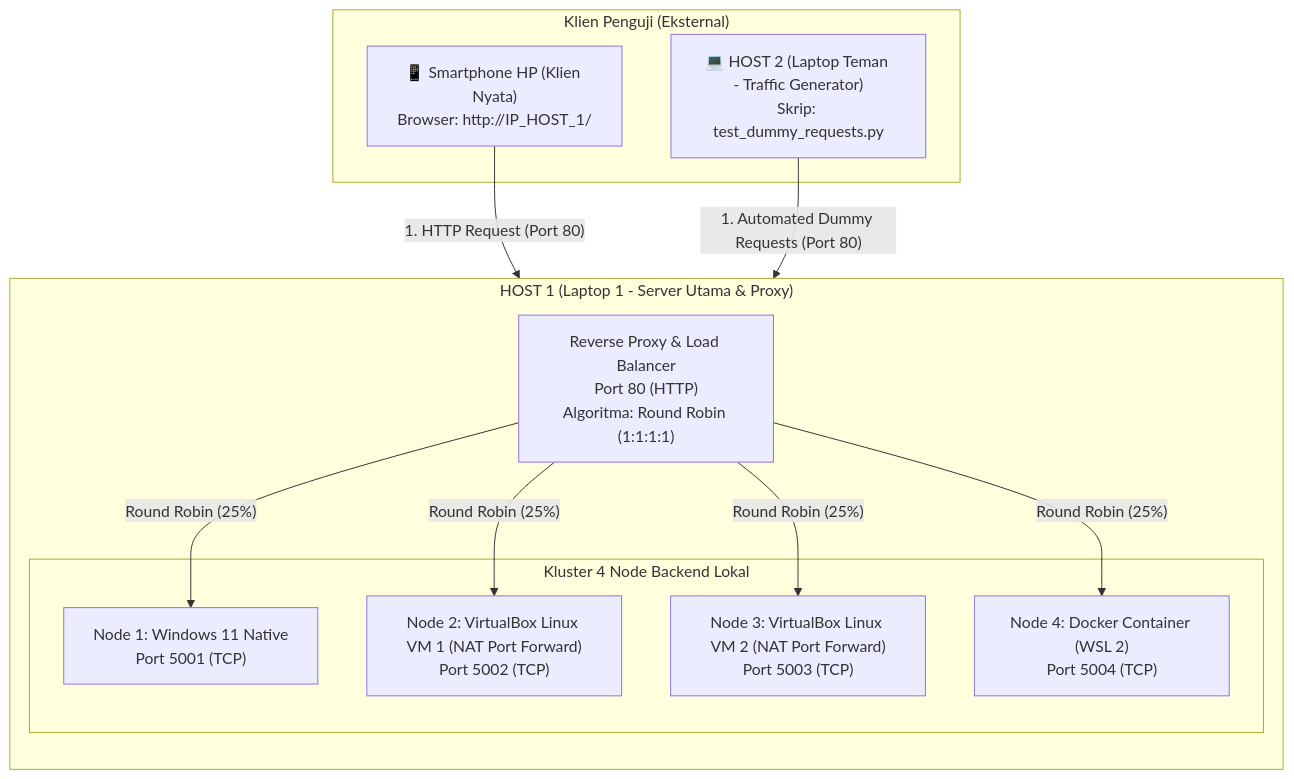
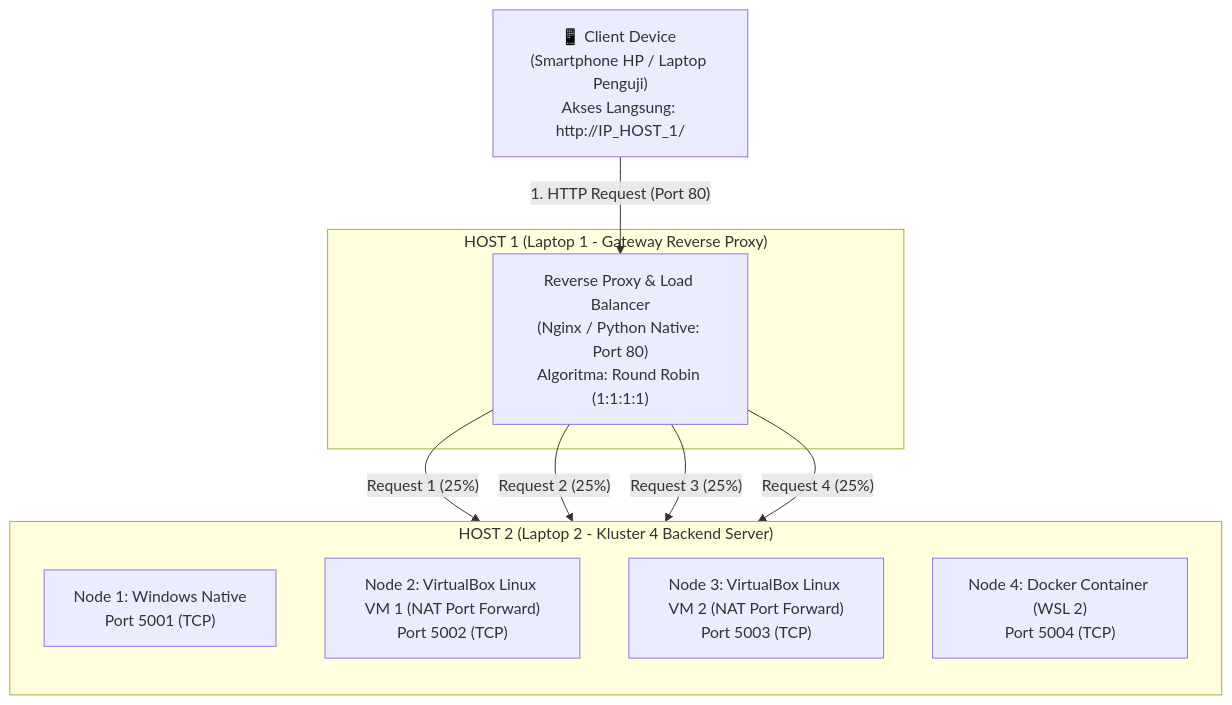
The second of 2 diagrams in tugas-3/README.md (nicholasbenaya/JARKOMLAN), drawn with Mermaid before and after one commit. The commit also changed other lines of this file and 11 other files, not shown here.

Commit message:
refactor(tugas-3): pindahkan kluster 4 backend server ke host 2 dan reverse proxy ke host 1

````diff
--- a/tugas-3/README.md
+++ b/tugas-3/README.md
@@ -55,26 +55,22 @@
 ```mermaid
 flowchart TB
-    subgraph Clients["Klien Penguji (Eksternal)"]
-        HP["📱 Smartphone HP (Klien Nyata)\nBrowser: http://IP_HOST_1/"]
-        H2["💻 HOST 2 (Laptop Teman - Traffic Generator)\nSkrip: test_dummy_requests.py"]
+    Client["📱 Client Device (Smartphone HP / Laptop Penguji)\nAkses Langsung: http://IP_HOST_1/"]
+
+    subgraph H1["HOST 1 (Laptop 1 - Gateway Reverse Proxy)"]
+        nginx["Reverse Proxy & Load Balancer\n(Nginx / Python Native: Port 80)\nAlgoritma: Round Robin (1:1:1:1)"]
     end
 
-    subgraph H1["HOST 1 (Laptop 1 - Server Utama & Proxy)"]
+    subgraph H2["HOST 2 (Laptop 2 - Kluster 4 Backend Server)"]
         direction TB
-        nginx["Reverse Proxy & Load Balancer\nPort 80 (HTTP)\nAlgoritma: Round Robin (1:1:1:1)"]
-
-        subgraph Cluster["Kluster 4 Node Backend Lokal"]
-            node1["Node 1: Windows 11 Native\nPort 5001 (TCP)"]
-            node2["Node 2: VirtualBox Linux VM 1 (NAT Port Forward)\nPort 5002 (TCP)"]
-            node3["Node 3: VirtualBox Linux VM 2 (NAT Port Forward)\nPort 5003 (TCP)"]
-            node4["Node 4: Docker Container (WSL 2)\nPort 5004 (TCP)"]
-        end
+        node1["Node 1: Windows Native\nPort 5001 (TCP)"]
+        node2["Node 2: VirtualBox Linux VM 1 (NAT Port Forward)\nPort 5002 (TCP)"]
+        node3["Node 3: VirtualBox Linux VM 2 (NAT Port Forward)\nPort 5003 (TCP)"]
+        node4["Node 4: Docker Container (WSL 2)\nPort 5004 (TCP)"]
     end
 
-    HP -->|"1. HTTP Request (Port 80)"| nginx
-    H2 -->|"1. Automated Dummy Requests (Port 80)"| nginx
-    nginx -->|"Round Robin (25%)"| node1
-    nginx -->|"Round Robin (25%)"| node2
-    nginx -->|"Round Robin (25%)"| node3
-    nginx -->|"Round Robin (25%)"| node4
+    Client -->|"1. HTTP Request (Port 80)"| nginx
+    nginx -->|"Request 1 (25%)"| node1
+    nginx -->|"Request 2 (25%)"| node2
+    nginx -->|"Request 3 (25%)"| node3
+    nginx -->|"Request 4 (25%)"| node4
 ```
````
